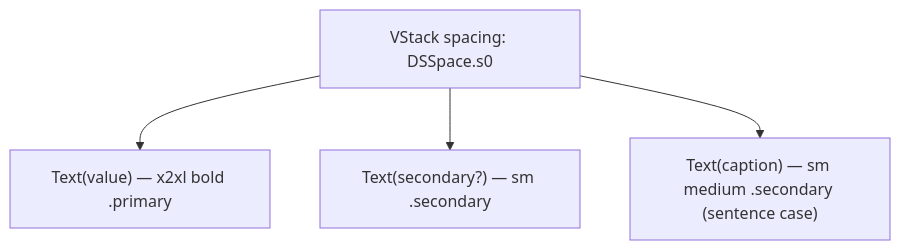
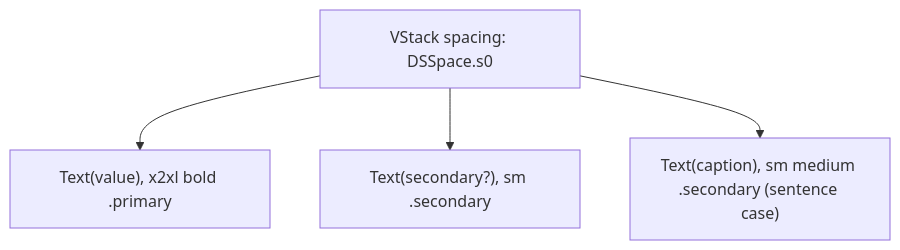
The diagram in design-system/components/stat-tile.md (MrDemonWolf/WolfWave), drawn with Mermaid before and after one commit. The commit also changed other lines of this file and 152 other files, not shown here.

````diff
--- a/design-system/components/stat-tile.md
+++ b/design-system/components/stat-tile.md
@@ -30,7 +30,7 @@
 ```mermaid
 flowchart TD
     Root[VStack spacing: DSSpace.s0]
-    Root --> Value["Text(value) — x2xl bold .primary"]
-    Root --> Secondary["Text(secondary?) — sm .secondary"]
-    Root --> Caption["Text(caption) — sm medium .secondary (sentence case)"]
+    Root --> Value["Text(value), x2xl bold .primary"]
+    Root --> Secondary["Text(secondary?), sm .secondary"]
+    Root --> Caption["Text(caption), sm medium .secondary (sentence case)"]
 ```
````
